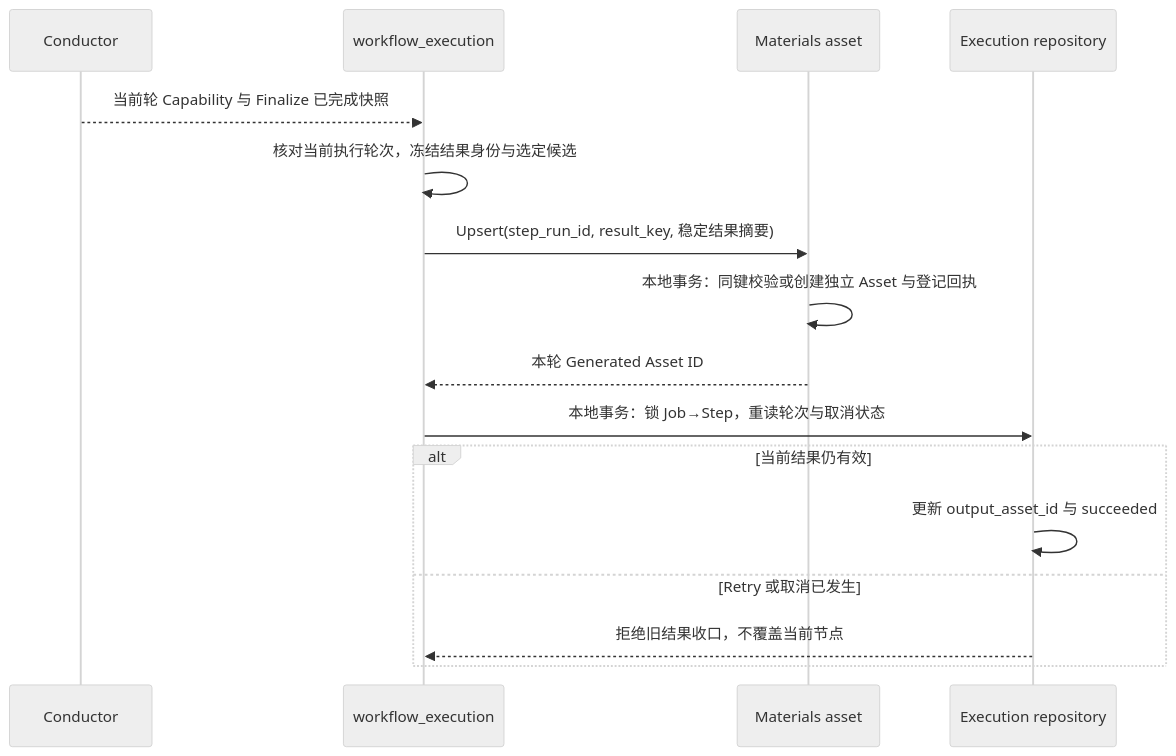
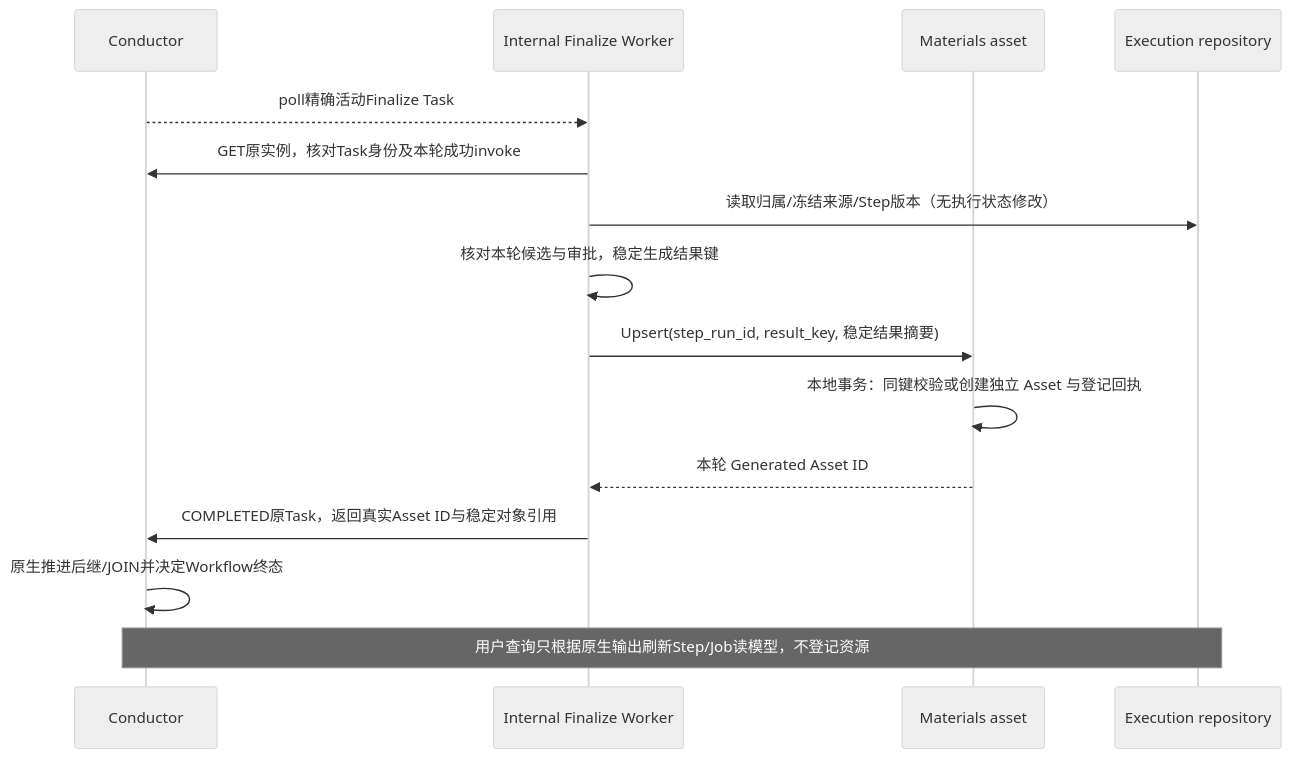
Before and after one commit to hotttao/media_agent: the seventh of 7 diagrams in docs/ddd/media_workflow/workflow/0002-workflow_execution/workflow_execution.md, drawn with Mermaid (neutral theme). The commit also changed other lines of this file and 110 other files, not shown here.

Commit message:
feat(workflow): align capability contracts and native conductor execution

````diff
--- a/docs/ddd/media_workflow/workflow/0002-workflow_execution/workflow_execution.md
+++ b/docs/ddd/media_workflow/workflow/0002-workflow_execution/workflow_execution.md
@@ -264,18 +274,17 @@
 ```mermaid
 sequenceDiagram
     participant E as Conductor
-    participant W as workflow_execution
+    participant W as Internal Finalize Worker
     participant M as Materials asset
     participant D as Execution repository
-    E-->>W: 当前轮 Capability 与 Finalize 已完成快照
-    W->>W: 核对当前执行轮次，冻结结果身份与选定候选
+    E-->>W: poll精确活动Finalize Task
+    W->>E: GET原实例，核对Task身份及本轮成功invoke
+    W->>D: 读取归属/冻结来源/Step版本（无执行状态修改）
+    W->>W: 核对本轮候选与审批，稳定生成结果键
     W->>M: Upsert(step_run_id, result_key, 稳定结果摘要)
     M->>M: 本地事务：同键校验或创建独立 Asset 与登记回执
     M-->>W: 本轮 Generated Asset ID
-    W->>D: 本地事务：锁 Job→Step，重读轮次与取消状态
-    alt 当前结果仍有效
-        D->>D: 更新 output_asset_id 与 succeeded
-    else Retry 或取消已发生
-        D-->>W: 拒绝旧结果收口，不覆盖当前节点
-    end
+    W->>E: COMPLETED原Task，返回真实Asset ID与稳定对象引用
+    E->>E: 原生推进后继/JOIN并决定Workflow终态
+    Note over D,E: 用户查询只根据原生输出刷新Step/Job读模型，不登记资源
 ```
````
